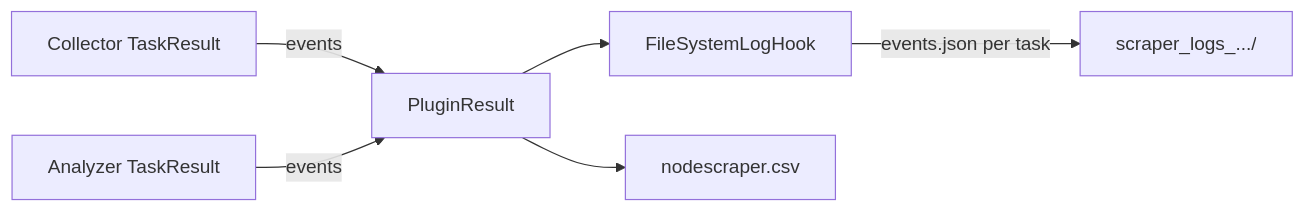
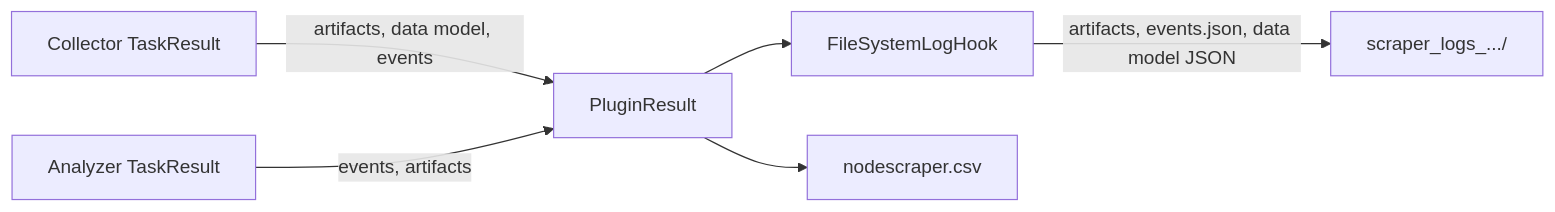
One commit to amd/node-scraper changed the diagram in docs/architecture/events-and-results.md. Above: the diagram before and after it, drawn with Mermaid. The commit also changed other lines of this file and 6 other files, not shown here.

````diff
--- a/docs/architecture/events-and-results.md
+++ b/docs/architecture/events-and-results.md
@@ -29,14 +29,14 @@
 ```mermaid
 flowchart LR
     C[Collector TaskResult]
     A[Analyzer TaskResult]
     P[PluginResult]
     H[FileSystemLogHook]
     CSV[nodescraper.csv]
 
-    C -->|events| P
-    A -->|events| P
+    C -->|artifacts, data model, events| P
+    A -->|events, artifacts| P
     P --> H
-    H -->|events.json per task| LogDir[scraper_logs_.../]
+    H -->|artifacts, events.json, data model JSON| LogDir[scraper_logs_.../]
     P --> CSV
 ```
````
